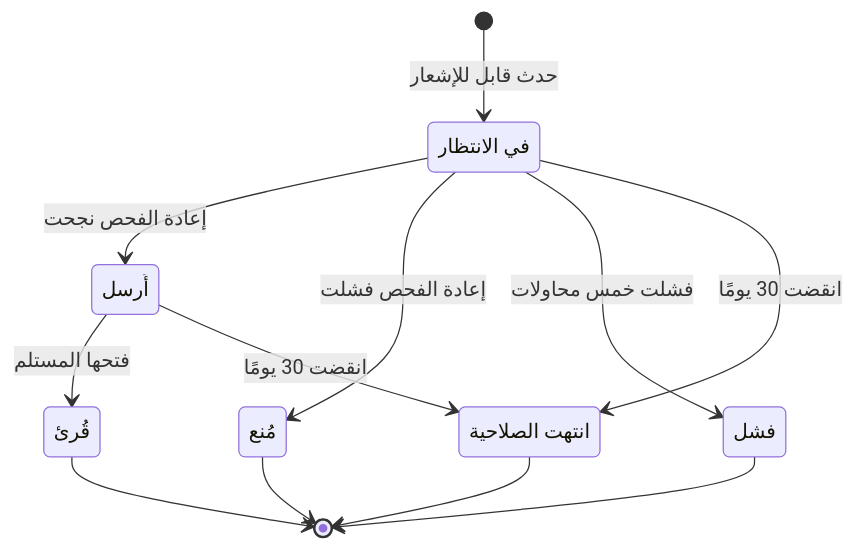
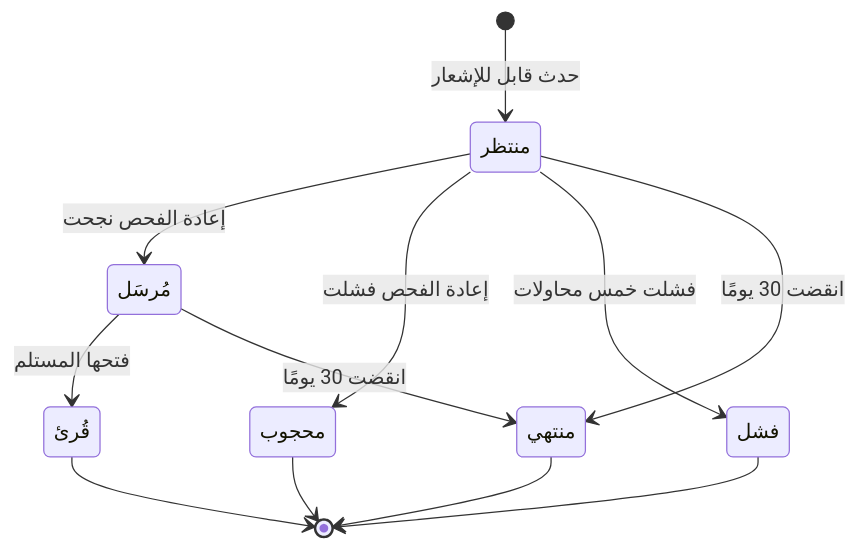
The second of 2 diagrams in spec/18-analysis-design/05-user-stories/CAP-10-communication/FEAT-COM-NOTIFY-DELIVERY.md (Ayoubkhattab/Planing), drawn with Mermaid before and after one commit. The commit also changed other lines of this file and 7 other files, not shown here.

````diff
--- a/spec/18-analysis-design/05-user-stories/CAP-10-communication/FEAT-COM-NOTIFY-DELIVERY.md
+++ b/spec/18-analysis-design/05-user-stories/CAP-10-communication/FEAT-COM-NOTIFY-DELIVERY.md
@@ -68,21 +68,21 @@
 ```mermaid
 stateDiagram-v2
-  state "في الانتظار" as QUEUED
-  state "أُرسل" as SENT
+  state "منتظر" as QUEUED
+  state "مُرسَل" as SENT
   state "قُرئ" as READ
-  state "مُنع" as WITHHELD
+  state "محجوب" as WITHHELD
   state "فشل" as FAILED
-  state "انتهت الصلاحية" as EXPIRED
+  state "منتهي" as EXPIRED
 
   [*] --> QUEUED : حدث قابل للإشعار
   QUEUED --> SENT : إعادة الفحص نجحت
   QUEUED --> WITHHELD : إعادة الفحص فشلت
   QUEUED --> FAILED : فشلت خمس محاولات
   QUEUED --> EXPIRED : انقضت 30 يومًا
   SENT --> READ : فتحها المستلم
   SENT --> EXPIRED : انقضت 30 يومًا
   READ --> [*]
   WITHHELD --> [*]
   FAILED --> [*]
   EXPIRED --> [*]
 ```
````
